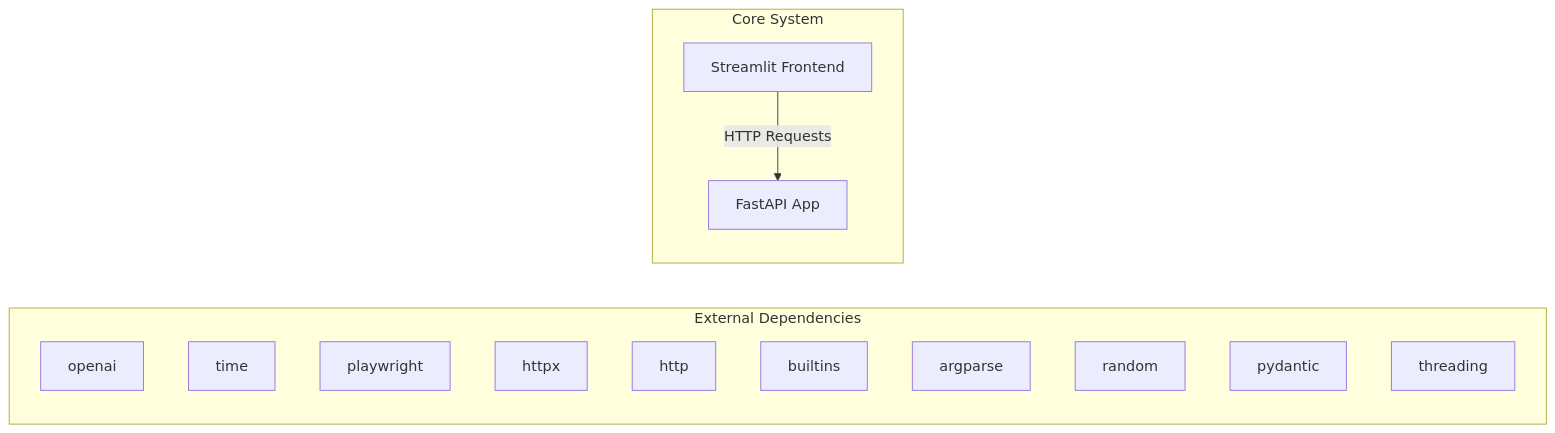
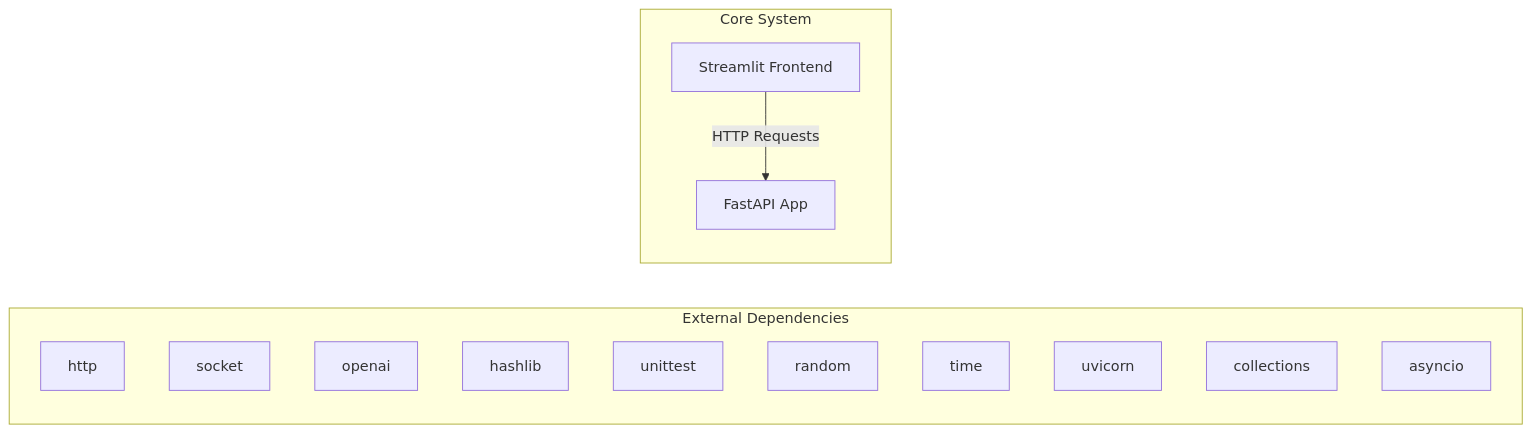
The first of 2 diagrams in docs/architecture.md (NITISH-R-G/rag-context-optimizer), drawn with Mermaid before and after one commit. The commit also changed other lines of this file and 1 other file, not shown here.

Commit message:
docs: auto-update repository knowledge, architecture diagrams, and documentation

````diff
--- a/docs/architecture.md
+++ b/docs/architecture.md
@@ -7,20 +7,20 @@
 ```mermaid
 graph LR
     subgraph External Dependencies
-        E0["openai"]
-        E1["time"]
-        E2["playwright"]
-        E3["httpx"]
-        E4["http"]
-        E5["builtins"]
-        E6["argparse"]
-        E7["random"]
-        E8["pydantic"]
-        E9["threading"]
+        E0["http"]
+        E1["socket"]
+        E2["openai"]
+        E3["hashlib"]
+        E4["unittest"]
+        E5["random"]
+        E6["time"]
+        E7["uvicorn"]
+        E8["collections"]
+        E9["asyncio"]
     end
     subgraph Core System
         API["FastAPI App"]
         UI["Streamlit Frontend"]
     end
     UI -->|HTTP Requests| API
 ```
````
